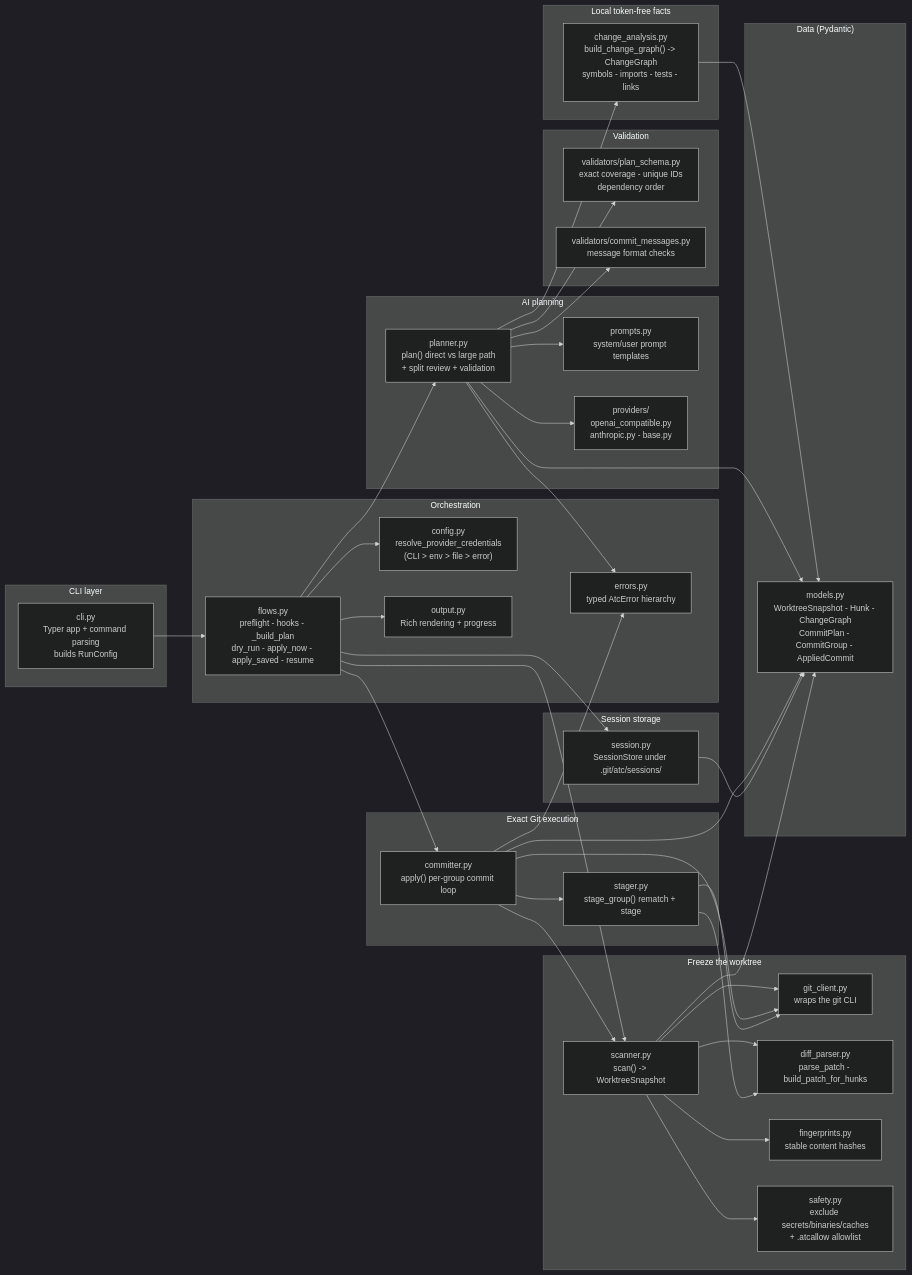
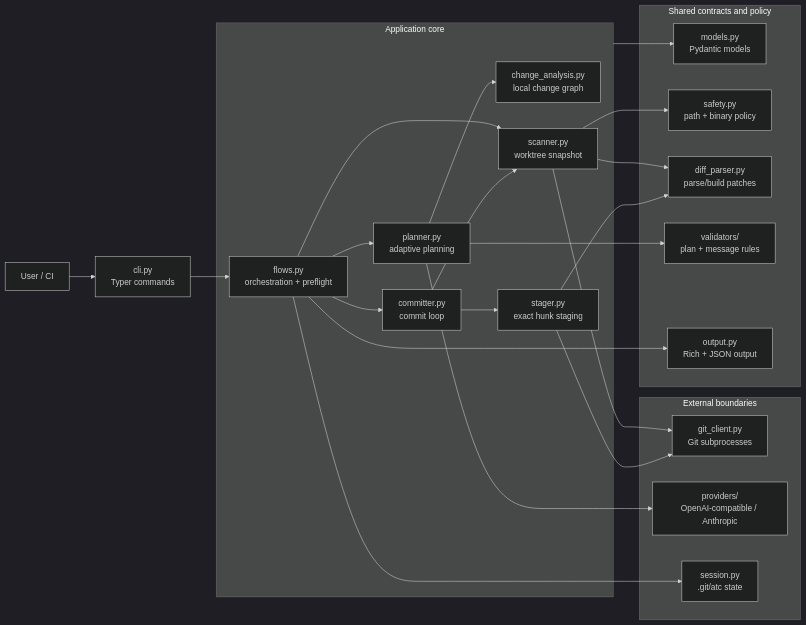
Before and after one commit to saurav-codes/atomic-commits: the first of 12 diagrams in docs/architecture.md, drawn with Mermaid (dark theme). The commit also changed other lines of this file, not shown here.

Commit message:
docs(architecture): rewrite architecture document for current version

````diff
--- a/docs/architecture.md
+++ b/docs/architecture.md
@@ -34,82 +13,45 @@
 ```mermaid
 flowchart LR
-    subgraph CLI["CLI layer"]
-        cli["cli.py<br/>Typer app + command parsing<br/>builds RunConfig"]
+    User["User / CI"] --> CLI["cli.py<br/>Typer commands"]
+
+    subgraph Core["Application core"]
+        Flow["flows.py<br/>orchestration + preflight"]
+        Scan["scanner.py<br/>worktree snapshot"]
+        Graph["change_analysis.py<br/>local change graph"]
+        Plan["planner.py<br/>adaptive planning"]
+        Commit["committer.py<br/>commit loop"]
+        Stage["stager.py<br/>exact hunk staging"]
     end
 
-    subgraph Orch["Orchestration"]
-        flows["flows.py<br/>preflight - hooks - _build_plan<br/>dry_run - apply_now - apply_saved - resume"]
-        config["config.py<br/>resolve_provider_credentials<br/>(CLI > env > file > error)"]
-        output["output.py<br/>Rich rendering + progress"]
-        errors["errors.py<br/>typed AtcError hierarchy"]
+    subgraph Boundaries["External boundaries"]
+        Git["git_client.py<br/>Git subprocesses"]
+        Provider["providers/<br/>OpenAI-compatible / Anthropic"]
+        Disk["session.py<br/>.git/atc state"]
     end
 
-    subgraph Input["Freeze the worktree"]
-        gitclient["git_client.py<br/>wraps the git CLI"]
-        scanner["scanner.py<br/>scan() -> WorktreeSnapshot"]
-        diffparser["diff_parser.py<br/>parse_patch - build_patch_for_hunks"]
-        fingerprints["fingerprints.py<br/>stable content hashes"]
-        safety["safety.py<br/>exclude secrets/binaries/caches<br/>+ .atcallow allowlist"]
+    subgraph Support["Shared contracts and policy"]
+        Models["models.py<br/>Pydantic models"]
+        Safety["safety.py<br/>path + binary policy"]
+        Diff["diff_parser.py<br/>parse/build patches"]
+        Validate["validators/<br/>plan + message rules"]
+        Output["output.py<br/>Rich + JSON output"]
     end
 
-    subgraph Analysis["Local token-free facts"]
-        change["change_analysis.py<br/>build_change_graph() -> ChangeGraph<br/>symbols - imports - tests - links"]
-    end
-
-    subgraph Plan["AI planning"]
-        planner["planner.py<br/>plan() direct vs large path<br/>+ split review + validation"]
-        prompts["prompts.py<br/>system/user prompt templates"]
-        providers["providers/<br/>openai_compatible.py<br/>anthropic.py - base.py"]
-    end
-
-    subgraph Valid["Validation"]
-        vschema["validators/plan_schema.py<br/>exact coverage - unique IDs<br/>dependency order"]
-        vmsg["validators/commit_messages.py<br/>message format checks"]
-    end
-
-    subgraph Apply["Exact Git execution"]
-        stager["stager.py<br/>stage_group() rematch + stage"]
-        committer["committer.py<br/>apply() per-group commit loop"]
-    end
-
-    subgraph Store["Session storage"]
-        session["session.py<br/>SessionStore under .git/atc/sessions/"]
-    end
-
-    subgraph Models["Data (Pydantic)"]
-        models["models.py<br/>WorktreeSnapshot - Hunk - ChangeGraph<br/>CommitPlan - CommitGroup - AppliedCommit"]
-    end
-
-    cli --> flows
-    flows --> config
-    flows --> scanner
-    flows --> planner
-    flows --> committer
-    flows --> session
-    flows --> output
-
-    scanner --> diffparser
-    scanner --> fingerprints
-    scanner --> safety
-    scanner --> gitclient
-
-    planner --> change
-    planner --> prompts
-    planner --> providers
-    planner --> vschema
-    planner --> vmsg
-
-    committer --> stager
-    committer --> scanner
-    committer --> gitclient
-    stager --> diffparser
-    stager --> gitclient
-
-    scanner --> models
-    change --> models
-    planner --> models
-    committer --> models
-    session --> models
-    committer --> errors
-    planner --> errors
+    CLI --> Flow
+    Flow --> Scan
+    Flow --> Plan
+    Flow --> Commit
+    Flow --> Disk
+    Scan --> Git
+    Scan --> Safety
+    Scan --> Diff
+    Plan --> Graph
+    Plan --> Provider
+    Plan --> Validate
+    Commit --> Stage
+    Commit --> Scan
+    Stage --> Git
+    Stage --> Diff
+    Core --> Models
+    Flow --> Output
 ```
````
